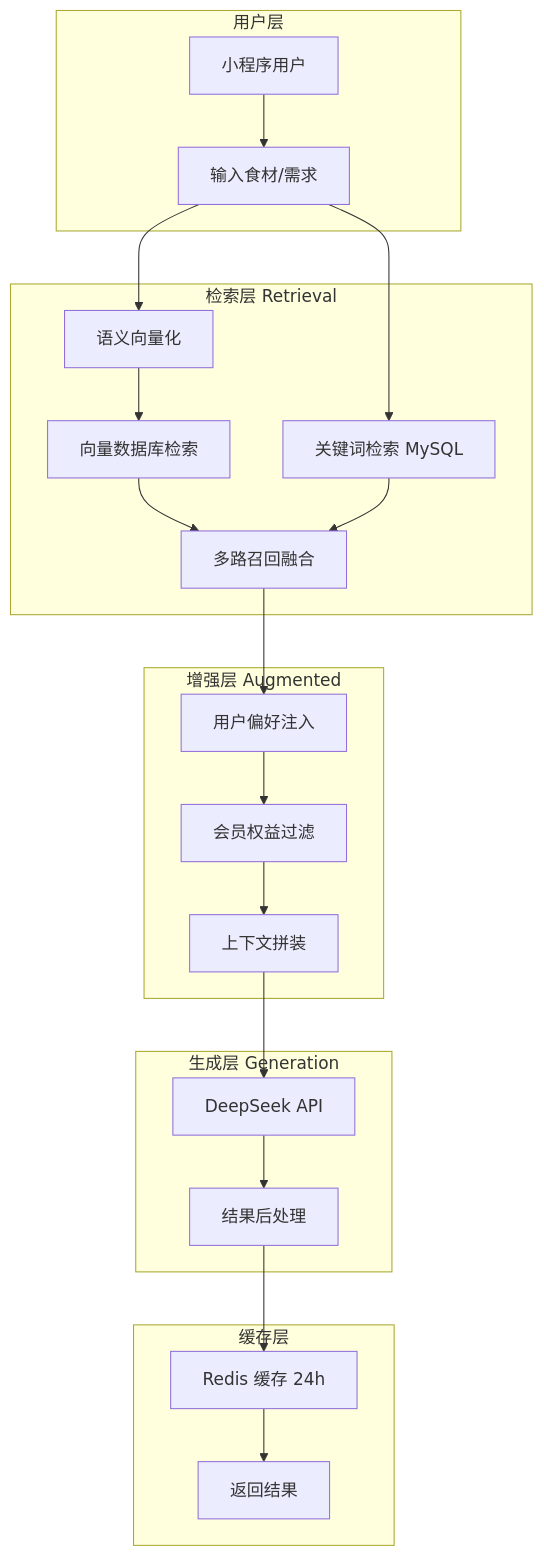
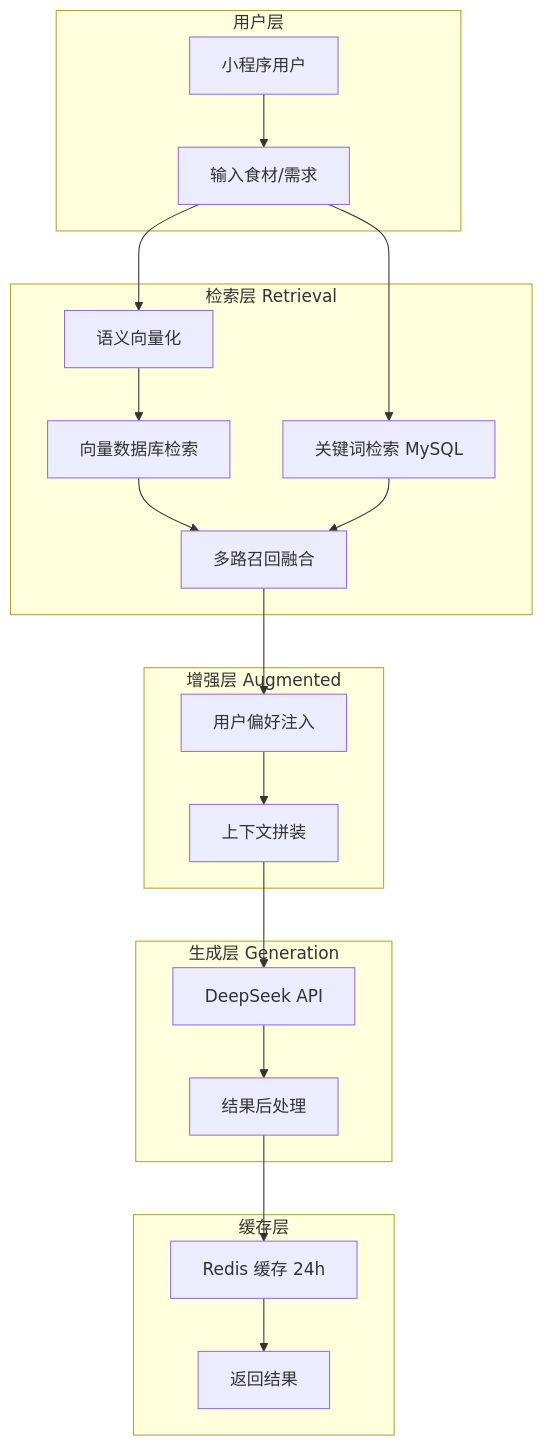
One commit to zch1125/Jtcsm changed the first of 4 diagrams in docs/03_RAG架构设计.md. Above: the diagram before and after it, drawn with Mermaid. The commit also changed other lines of this file and 63 other files, not shown here.

````diff
--- a/docs/03_RAG架构设计.md
+++ b/docs/03_RAG架构设计.md
@@ -13,30 +13,29 @@
 ```mermaid
 flowchart TB
     subgraph 用户层
         A[小程序用户] --> B[输入食材/需求]
     end
 
     subgraph 检索层 Retrieval
         B --> C[语义向量化]
         C --> D[向量数据库检索]
         B --> E[关键词检索 MySQL]
         D --> F[多路召回融合]
         E --> F
     end
 
     subgraph 增强层 Augmented
         F --> G[用户偏好注入]
-        G --> H[会员权益过滤]
-        H --> I[上下文拼装]
+        G --> I[上下文拼装]
     end
 
     subgraph 生成层 Generation
         I --> J[DeepSeek API]
         J --> K[结果后处理]
     end
 
     subgraph 缓存层
         K --> L[Redis 缓存 24h]
         L --> M[返回结果]
     end
 ```
````
